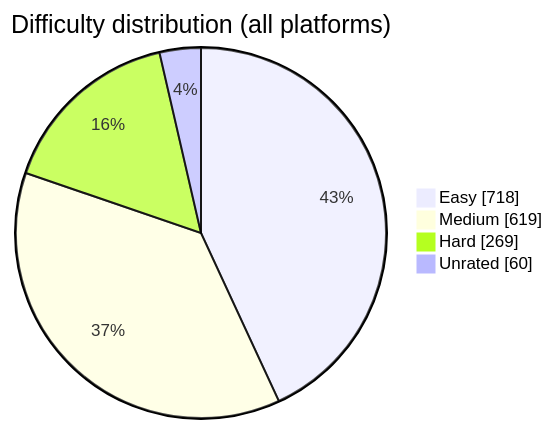
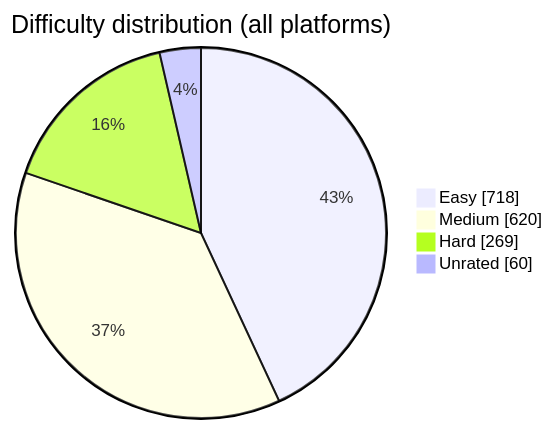
Before and after one commit to BuildbyArindam/Daily-Coding-Log: the diagram in README.md, drawn with Mermaid. The commit also changed other lines of this file, not shown here.

````diff
--- a/README.md
+++ b/README.md
@@ -93,7 +93,7 @@
 ```mermaid
 pie showData title Difficulty distribution (all platforms)
     "Easy" : 718
-    "Medium" : 619
+    "Medium" : 620
     "Hard" : 269
     "Unrated" : 60
 ```
````
